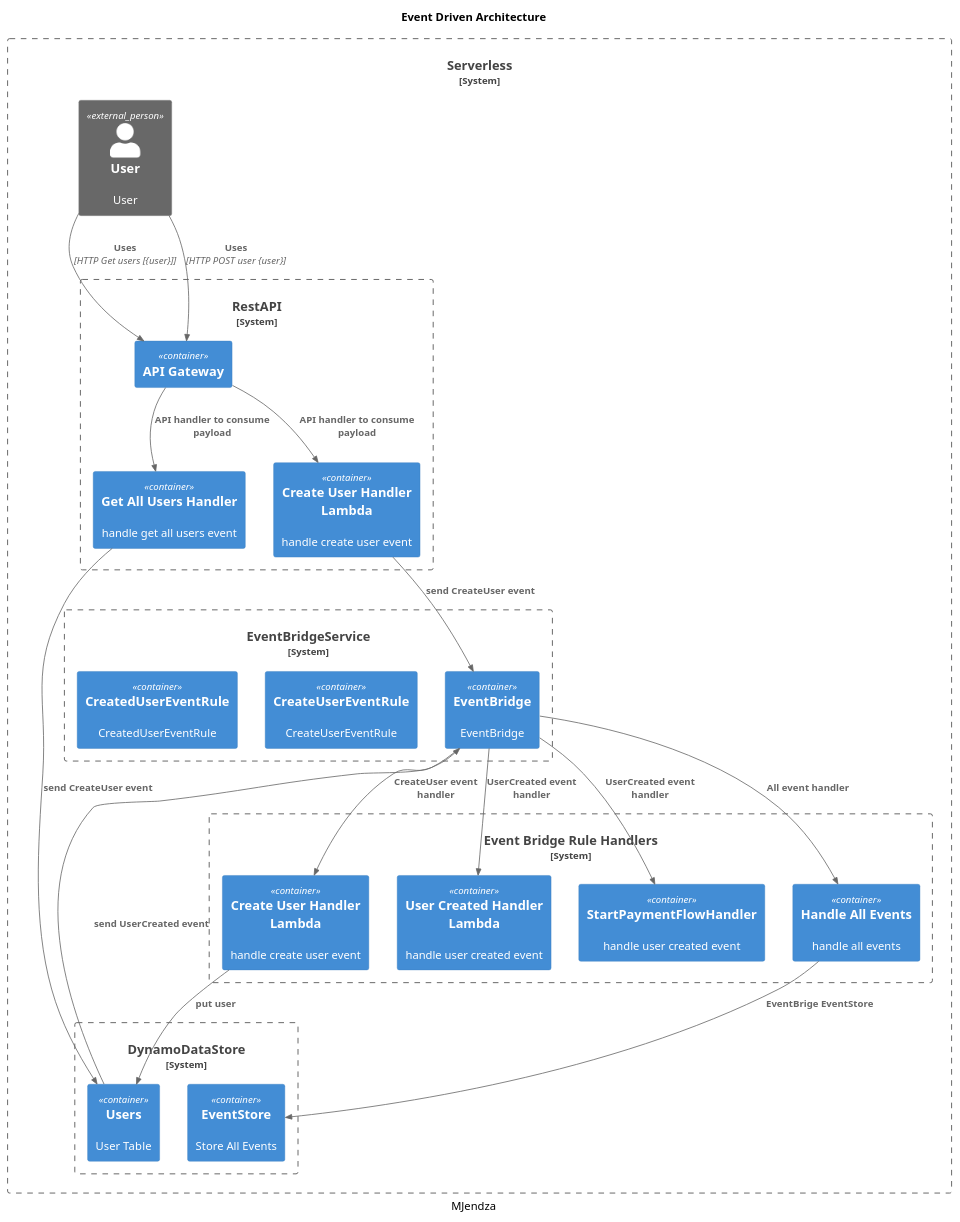
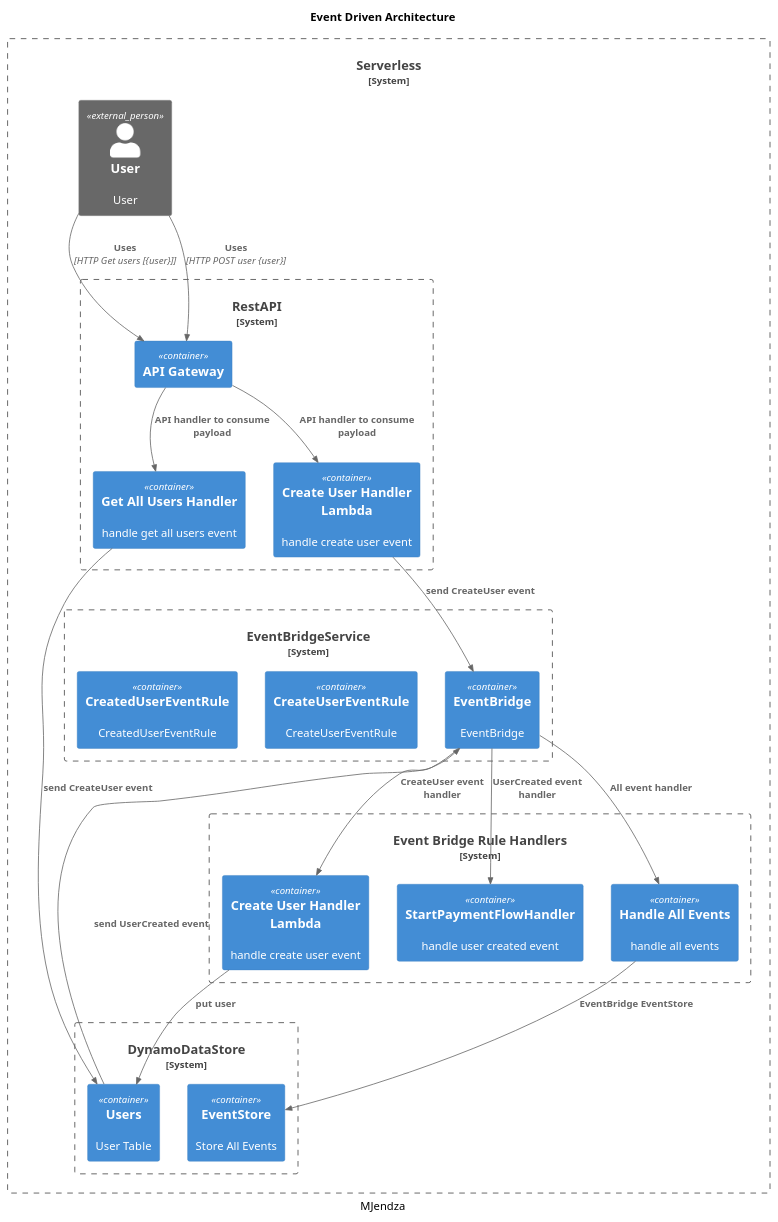
One commit to mjendza/aws-sandbox changed the diagram in doc/solution/event-driven-architecutre.puml. Above: the diagram before and after it, drawn with PlantUML.

Commit message:
updated diagram

```diff
--- a/doc/solution/event-driven-architecutre.puml
+++ b/doc/solution/event-driven-architecutre.puml
@@ -1,52 +1,50 @@
 @startuml Event Driven Architecture
 !includeurl https://raw.githubusercontent.com/RicardoNiepel/C4-PlantUML/release/1-0/C4_Container.puml
 
 title
 Event Driven Architecture
 end title
 
 caption MJendza
 
 System_Boundary(B2CTenant, "Serverless") {
    System_Boundary(RestAPI, "RestAPI") {
             Container(API, "API Gateway", "", "")
             Container(LambdaRestGetUsersHandler, "Get All Users Handler", "", "handle get all users event")
             Container(LambdaRestPostUserHandler, "Create User Handler Lambda", "", "handle create user event")
    }
    System_Boundary(EventBridgeRuleHandlers, "Event Bridge Rule Handlers") {
            Container(LambdaCreateUserHandler, "Create User Handler Lambda", "", "handle create user event")
-           Container(LambdaUserCreatedHandler, "User Created Handler Lambda", "", "handle user created event")
            Container(StartPaymentFlowHandler, "StartPaymentFlowHandler", "", "handle user created event")
            Container(LambdaEventStoreHandler, "Handle All Events", "", "handle all events")
    }
    Person_Ext(EndUser, User, "User")
 
    System_Boundary(DynamoDataStore, "DynamoDataStore") {
         Container(EventStore, "EventStore", "", "Store All Events")
         Container(Users, "Users", "", "User Table")
    }
 
    System_Boundary(EventBridgeService, "EventBridgeService") {
         Container(EventBridge, "EventBridge", "", "EventBridge")
         Container(CreateUserEventRule, "CreateUserEventRule", "", "CreateUserEventRule")
         Container(CreatedUserEventRule, "CreatedUserEventRule", "", "CreatedUserEventRule")
    }
 }
 Rel(EndUser, API, "Uses", "HTTP Get users [{user}]")
 Rel(API, LambdaRestGetUsersHandler, "API handler to consume payload")
 Rel(LambdaRestGetUsersHandler, Users, "send CreateUser event")
 
 Rel(EndUser, API, "Uses", "HTTP POST user {user}")
 Rel(API, LambdaRestPostUserHandler, "API handler to consume payload")
 Rel(LambdaRestPostUserHandler, EventBridge, "send CreateUser event")
 
 Rel(EventBridge, LambdaCreateUserHandler, "CreateUser event handler")
 Rel(LambdaCreateUserHandler, Users, "put user")
 
 Rel(Users, EventBridge, "send UserCreated event")
 
 Rel(EventBridge, StartPaymentFlowHandler, "UserCreated event handler")
-Rel(EventBridge, LambdaUserCreatedHandler, "UserCreated event handler")
 Rel(EventBridge, LambdaEventStoreHandler, "All event handler")
-Rel(LambdaEventStoreHandler, EventStore, "EventBrige EventStore")
+Rel(LambdaEventStoreHandler, EventStore, "EventBridge EventStore")
 @enduml
```
